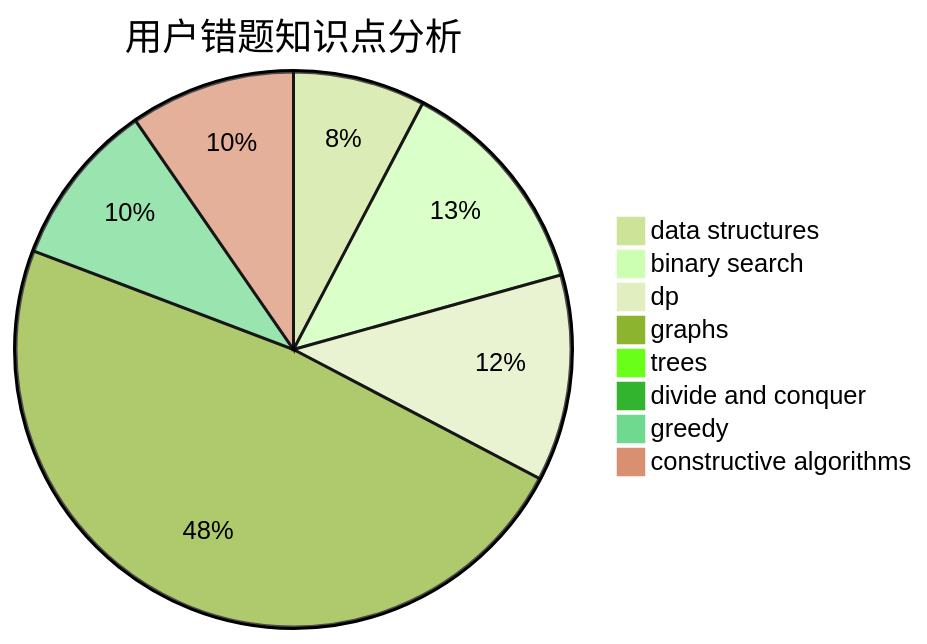
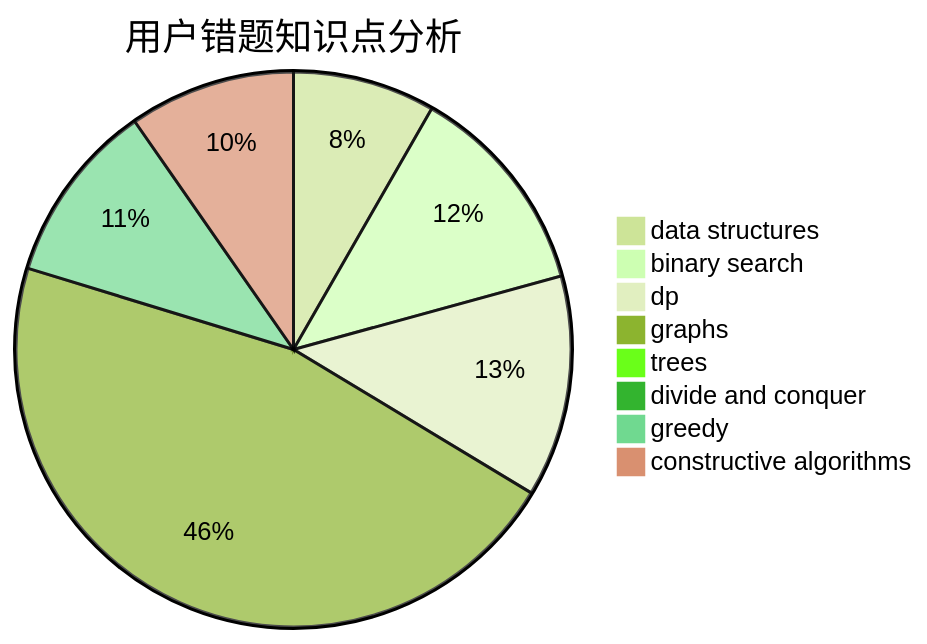
One commit to sherpahu/cfrs.github.io changed the third of 3 diagrams in docs/user/u1453.md. Above: the diagram before and after it, drawn with Mermaid (forest theme). The commit also changed other lines of this file and 2770 other files, not shown here.

````diff
--- a/docs/user/u1453.md
+++ b/docs/user/u1453.md
@@ -36,11 +36,11 @@
 ```mermaid
 pie title 用户错题知识点分析
-    "data structures" :  16
+    "data structures" :  18
     "binary search" :  27
-    "dp" :  25
+    "dp" :  28
     "graphs" :  100
-    "trees" :  0
+    "trees" :  1
     "divide and conquer" :  0
-    "greedy" :  20
-    "constructive algorithms" :  20
+    "greedy" :  23
+    "constructive algorithms" :  21
 ```
````
